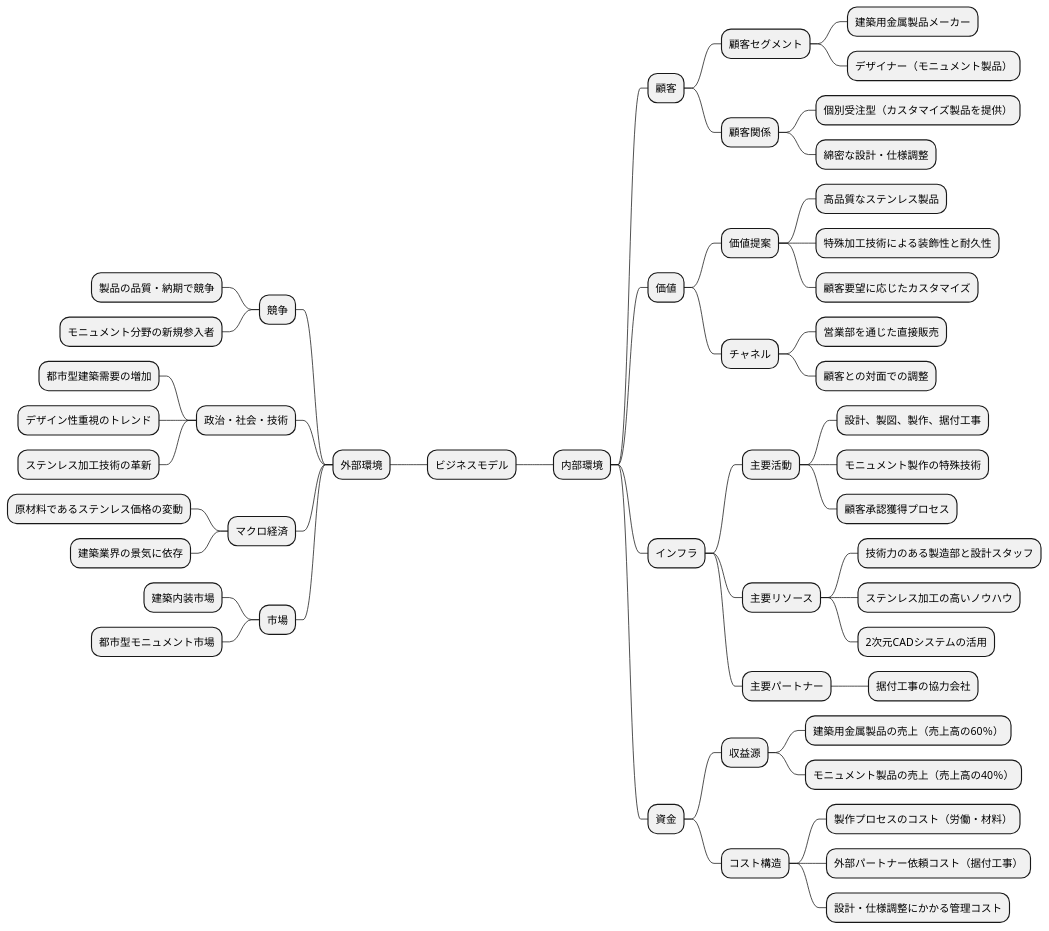
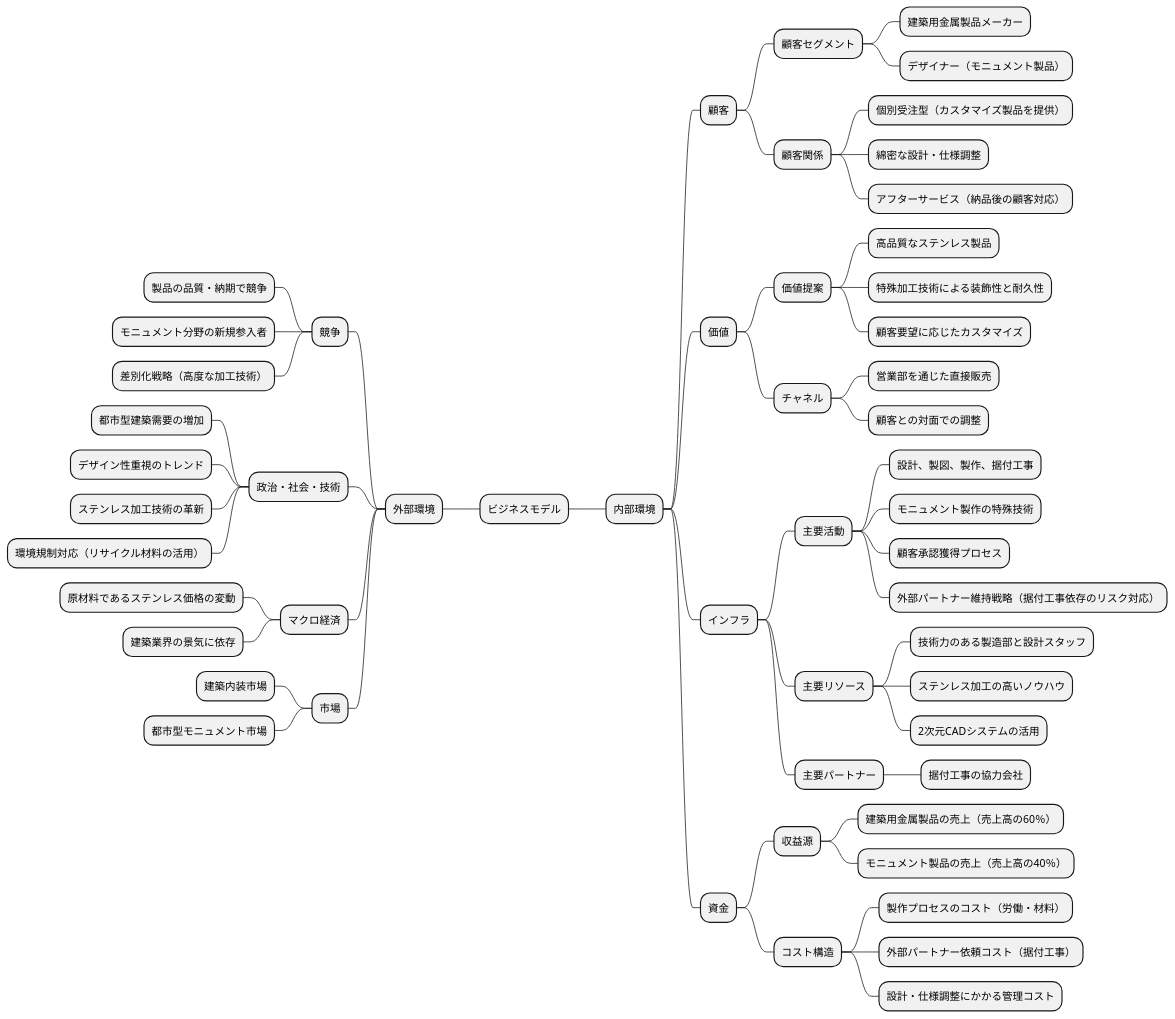
The second of 19 diagrams in docs/case/r02_case_3.adoc (k2works/case-study-business-analysis), drawn with PlantUML before and after one commit. The commit also changed other lines of this file, not shown here.

```diff
--- a/docs/case/r02_case_3.adoc
+++ b/docs/case/r02_case_3.adoc
@@ -76,58 +76,62 @@
 [plantuml]
 ----
 @startmindmap
 
 * ビジネスモデル
 ** 内部環境
 *** 顧客
 **** 顧客セグメント
 ***** 建築用金属製品メーカー
 ***** デザイナー（モニュメント製品）
 **** 顧客関係
 ***** 個別受注型（カスタマイズ製品を提供）
 ***** 綿密な設計・仕様調整
+***** アフターサービス（納品後の顧客対応）
 *** 価値
 **** 価値提案
 ***** 高品質なステンレス製品
 ***** 特殊加工技術による装飾性と耐久性
 ***** 顧客要望に応じたカスタマイズ
 **** チャネル
 ***** 営業部を通じた直接販売
 ***** 顧客との対面での調整
 *** インフラ
 **** 主要活動
 ***** 設計、製図、製作、据付工事
 ***** モニュメント製作の特殊技術
 ***** 顧客承認獲得プロセス
+***** 外部パートナー維持戦略（据付工事依存のリスク対応）
 **** 主要リソース
 ***** 技術力のある製造部と設計スタッフ
 ***** ステンレス加工の高いノウハウ
 ***** 2次元CADシステムの活用
 **** 主要パートナー
 ***** 据付工事の協力会社
 *** 資金
 **** 収益源
 ***** 建築用金属製品の売上（売上高の60％）
 ***** モニュメント製品の売上（売上高の40％）
 **** コスト構造
 ***** 製作プロセスのコスト（労働・材料）
 ***** 外部パートナー依頼コスト（据付工事）
 ***** 設計・仕様調整にかかる管理コスト
 left side
 ** 外部環境
 *** 競争
 **** 製品の品質・納期で競争
 **** モニュメント分野の新規参入者
+**** 差別化戦略（高度な加工技術）
 *** 政治・社会・技術
 **** 都市型建築需要の増加
 **** デザイン性重視のトレンド
 **** ステンレス加工技術の革新
+**** 環境規制対応（リサイクル材料の活用）
 *** マクロ経済
 **** 原材料であるステンレス価格の変動
 **** 建築業界の景気に依存
 *** 市場
 **** 建築内装市場
 **** 都市型モニュメント市場
 
 @endmindmap
 ----
```
